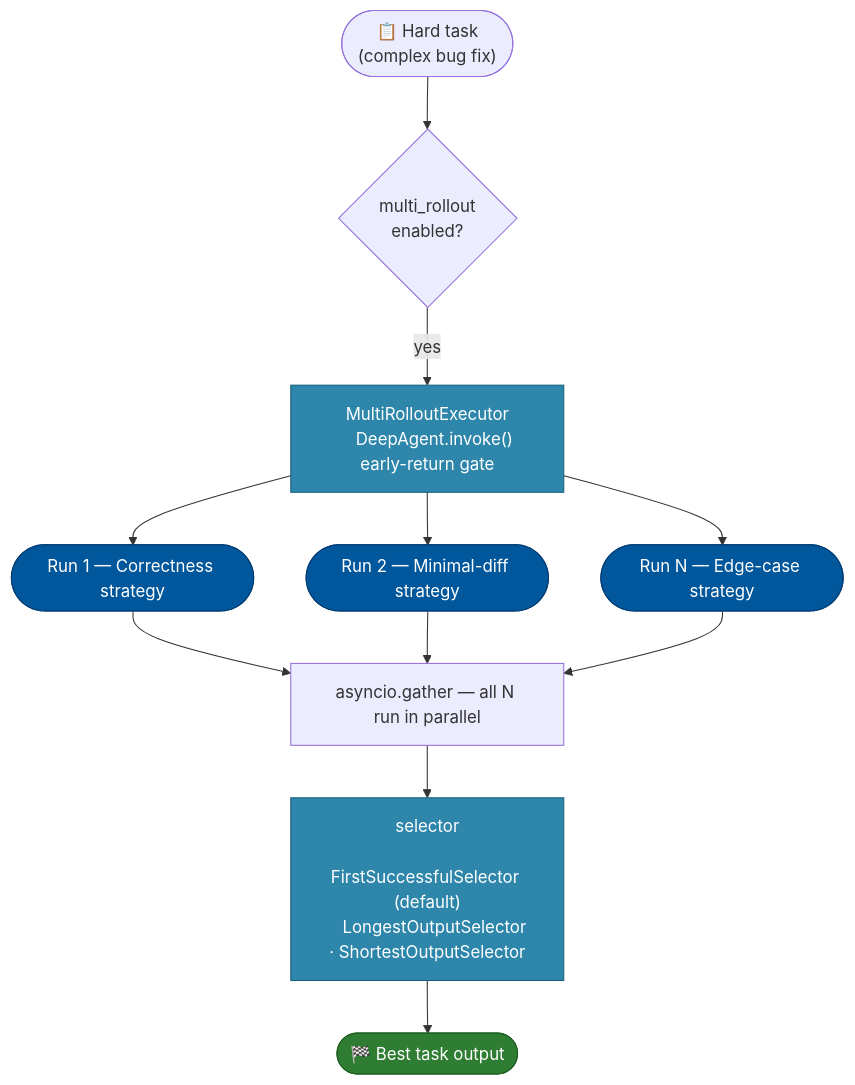
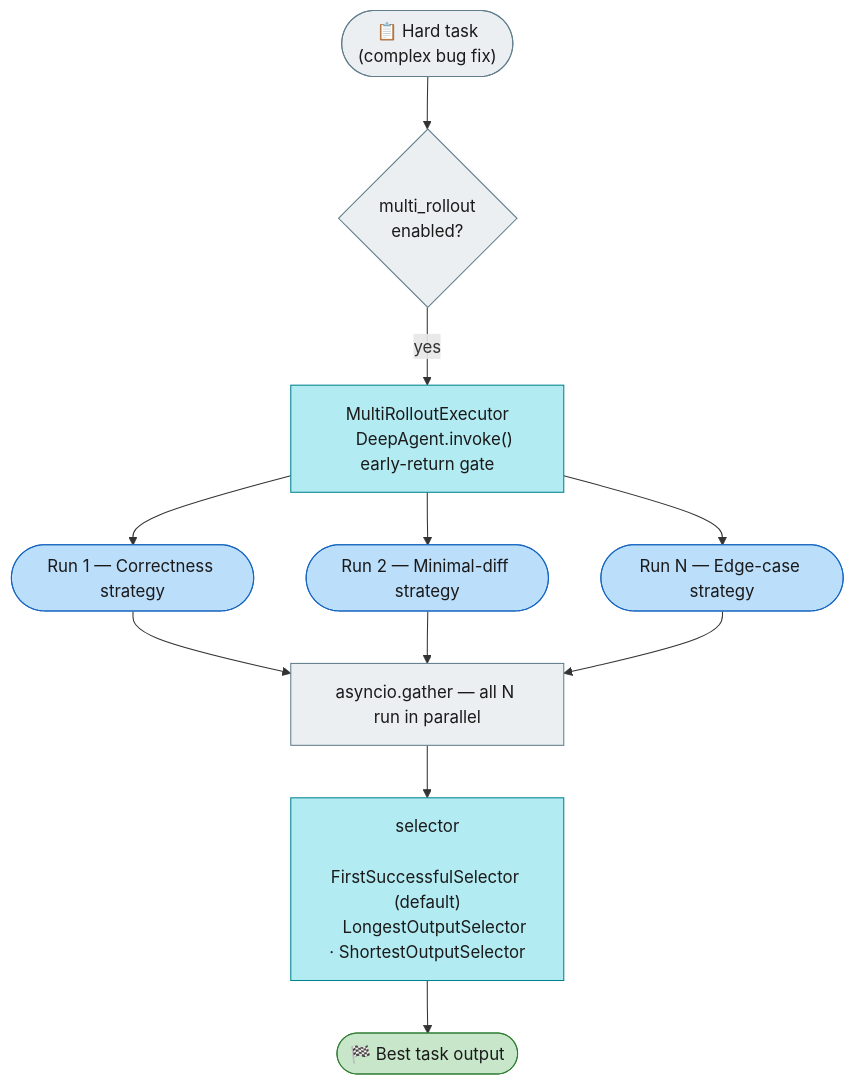
One commit to michaelatamuk/agentic-desk changed the second of 3 diagrams in docs-michael/issues/02-feat-multi-rollout.md. Above: the diagram before and after it, drawn with Mermaid. The commit also changed other lines of this file and 6 other files, not shown here.

````diff
--- a/docs-michael/issues/02-feat-multi-rollout.md
+++ b/docs-michael/issues/02-feat-multi-rollout.md
@@ -175,27 +66,28 @@
 ```mermaid
 flowchart TD
-    classDef ac   fill:#2E86AB,color:#fff,stroke:#1a5f7a
-    classDef run  fill:#01579B,color:#fff,stroke:#003c74
-    classDef done fill:#2E7D32,color:#fff,stroke:#1B5E20
+    classDef ac    fill:#B2EBF2,color:#1a1a1a,stroke:#00838F
+    classDef run   fill:#BBDEFB,color:#1a1a1a,stroke:#1565C0
+    classDef done  fill:#C8E6C9,color:#1a1a1a,stroke:#2E7D32
+    classDef plain fill:#ECEFF1,color:#1a1a1a,stroke:#607D8B
 
     T(["📋 Hard task
-    (complex bug fix)"])
+    (complex bug fix)"]):::plain
 
     T --> GATE{"multi_rollout
-    enabled?"}
+    enabled?"}:::plain
 
     GATE -->|"yes"| MR["MultiRolloutExecutor
     DeepAgent.invoke() early-return gate"]:::ac
 
     MR --> R1(["Run 1 — Correctness strategy"]):::run
     MR --> R2(["Run 2 — Minimal-diff strategy"]):::run
     MR --> RN(["Run N — Edge-case strategy"]):::run
 
-    R1 & R2 & RN --> GATHER["asyncio.gather — all N run in parallel"]
+    R1 & R2 & RN --> GATHER["asyncio.gather — all N run in parallel"]:::plain
 
     GATHER --> SEL["selector
     FirstSuccessfulSelector (default)
     LongestOutputSelector · ShortestOutputSelector"]:::ac
 
     SEL --> END4(["🏁 Best task output"]):::done
 ```
````
